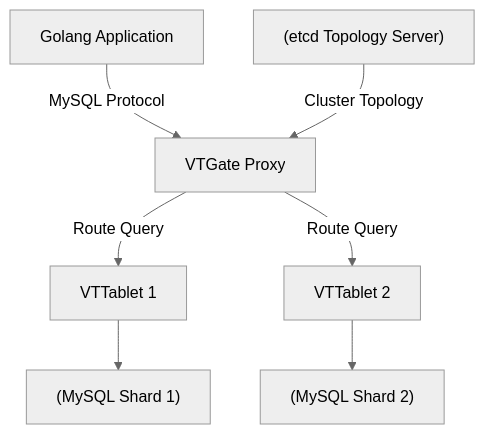
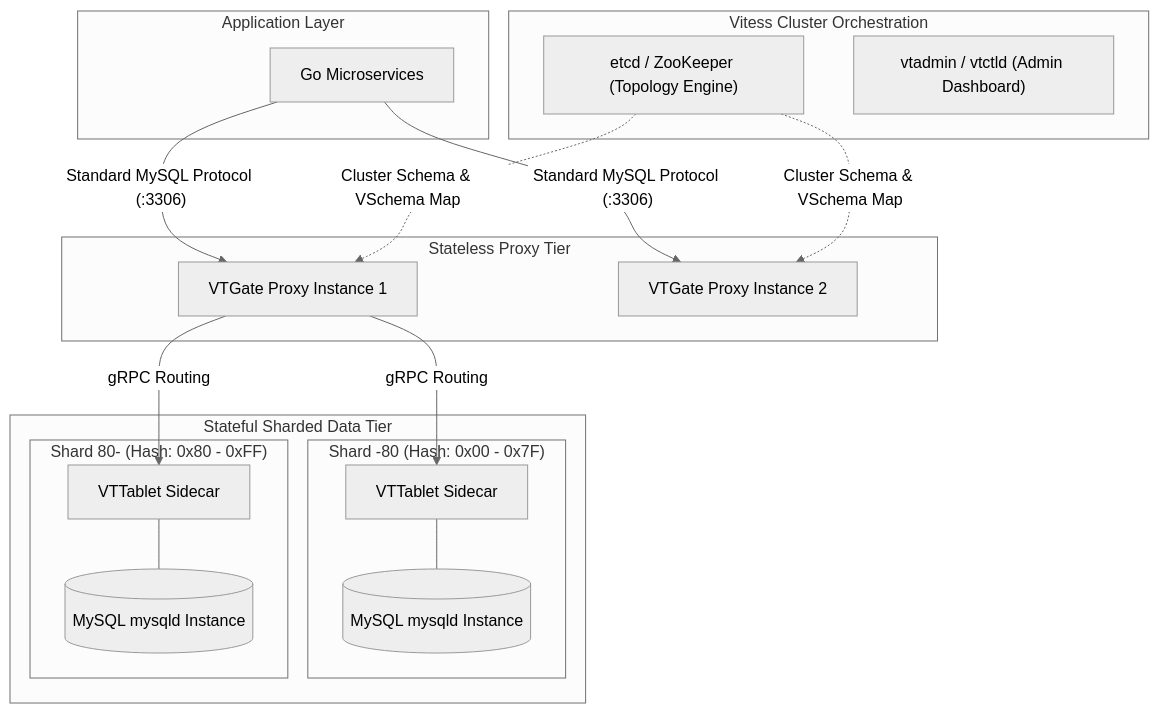
The third of 7 diagrams in content/posts/mysql-horizontal-scaling.md (vesviet/vesviet), drawn with Mermaid (neutral theme) before and after one commit. The commit also changed other lines of this file and 9 other files, not shown here.

Commit message:
docs(content): upgrade 10 architecture and systems engineering posts to masterclass guides

````diff
--- a/content/posts/mysql-horizontal-scaling.md
+++ b/content/posts/mysql-horizontal-scaling.md
@@ -120,10 +114,37 @@
 ```mermaid
 flowchart TD
-    App["Golang Application"] -->|"MySQL Protocol"| VTGate["VTGate Proxy"]
-    etcd["(etcd Topology Server)"] -->|"Cluster Topology"| VTGate
-    VTGate -->|"Route Query"| VTTablet1["VTTablet 1"]
-    VTGate -->|"Route Query"| VTTablet2["VTTablet 2"]
-    
-    VTTablet1 --> MySQL1["(MySQL Shard 1)"]
-    VTTablet2 --> MySQL2["(MySQL Shard 2)"]
+    subgraph Client_Tier ["Application Layer"]
+        GoApp["Go Microservices"]
+    end
+
+    subgraph Vitess_Control_Plane ["Vitess Cluster Orchestration"]
+        etcd["etcd / ZooKeeper (Topology Engine)"]
+        VTAdmin["vtadmin / vtctld (Admin Dashboard)"]
+    end
+
+    subgraph Routing_Tier ["Stateless Proxy Tier"]
+        VTGate1["VTGate Proxy Instance 1"]
+        VTGate2["VTGate Proxy Instance 2"]
+    end
+
+    subgraph Storage_Tier ["Stateful Sharded Data Tier"]
+        subgraph Shard_0 ["Shard -80 (Hash: 0x00 - 0x7F)"]
+            VTTablet0["VTTablet Sidecar"]
+            MySQL0[("MySQL mysqld Instance")]
+            VTTablet0 --- MySQL0
+        end
+        
+        subgraph Shard_1 ["Shard 80- (Hash: 0x80 - 0xFF)"]
+            VTTablet1["VTTablet Sidecar"]
+            MySQL1[("MySQL mysqld Instance")]
+            VTTablet1 --- MySQL1
+        end
+    end
+
+    GoApp -->|"Standard MySQL Protocol (:3306)"| VTGate1
+    GoApp -->|"Standard MySQL Protocol (:3306)"| VTGate2
+    etcd -.->|"Cluster Schema & VSchema Map"| VTGate1
+    etcd -.->|"Cluster Schema & VSchema Map"| VTGate2
+    VTGate1 -->|"gRPC Routing"| VTTablet0
+    VTGate1 -->|"gRPC Routing"| VTTablet1
 ```
````
